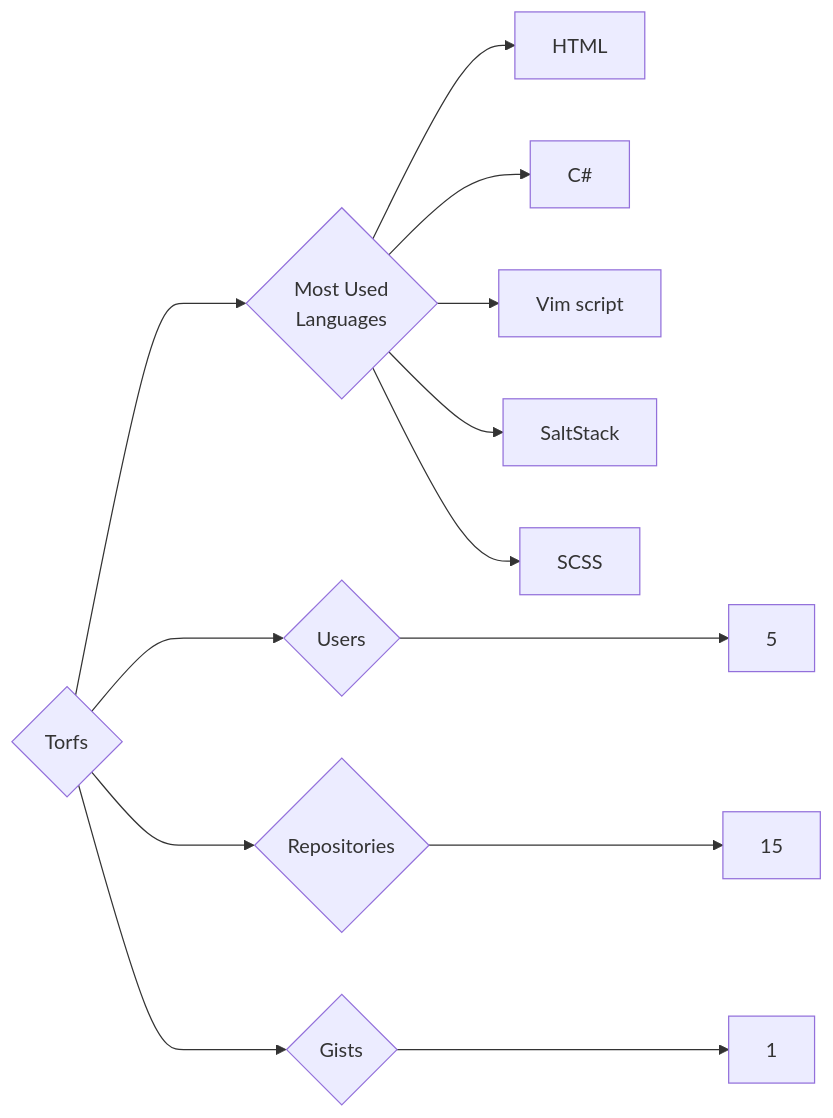
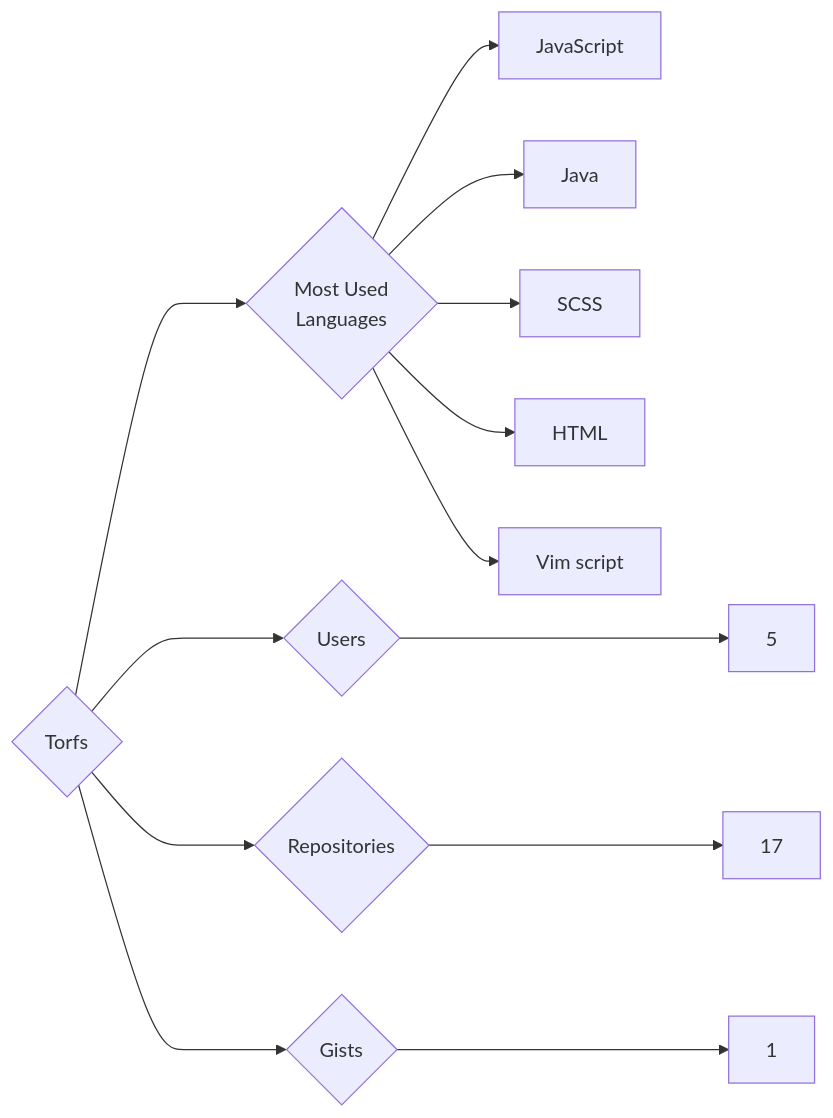
One commit to trickest/insiders changed the diagram in targets/Torfs/README.md. Above: the diagram before and after it, drawn with Mermaid. The commit also changed 955 other files, not shown here.

````diff
--- a/targets/Torfs/README.md
+++ b/targets/Torfs/README.md
@@ -3,13 +3,13 @@
 ```mermaid
 graph LR
 COMPANY_NAME{Torfs}
 COMPANY_NAME ---> U{Users} ---> UN[5]
-COMPANY_NAME ---> R{Repositories} ---> RN[15]
+COMPANY_NAME ---> R{Repositories} ---> RN[17]
 COMPANY_NAME ---> G{Gists} ---> GN[1]
 COMPANY_NAME ---> ML{Most Used<br>Languages}
+ML --> JavaScript[JavaScript]
+ML --> Java[Java]
+ML --> SCSS[SCSS]
 ML --> HTML[HTML]
-ML --> C#[C#]
 ML --> Vim_script[Vim script]
-ML --> SaltStack[SaltStack]
-ML --> SCSS[SCSS]
 ```
````
